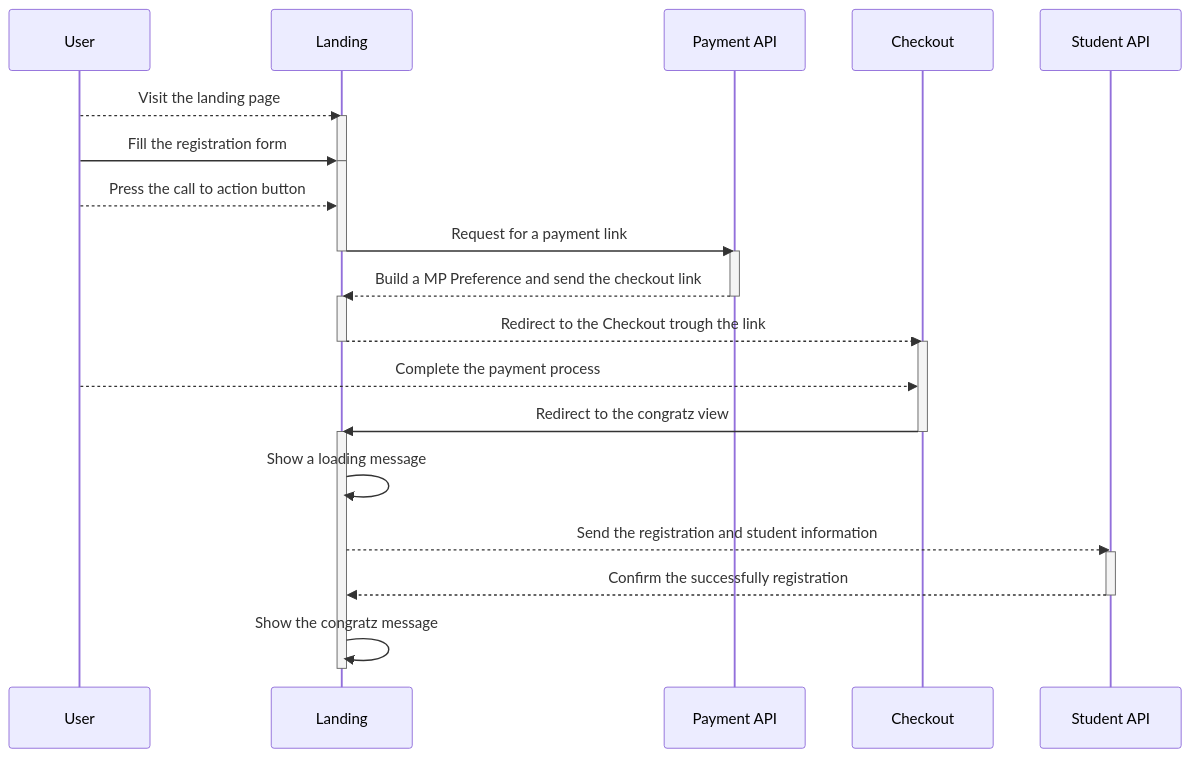
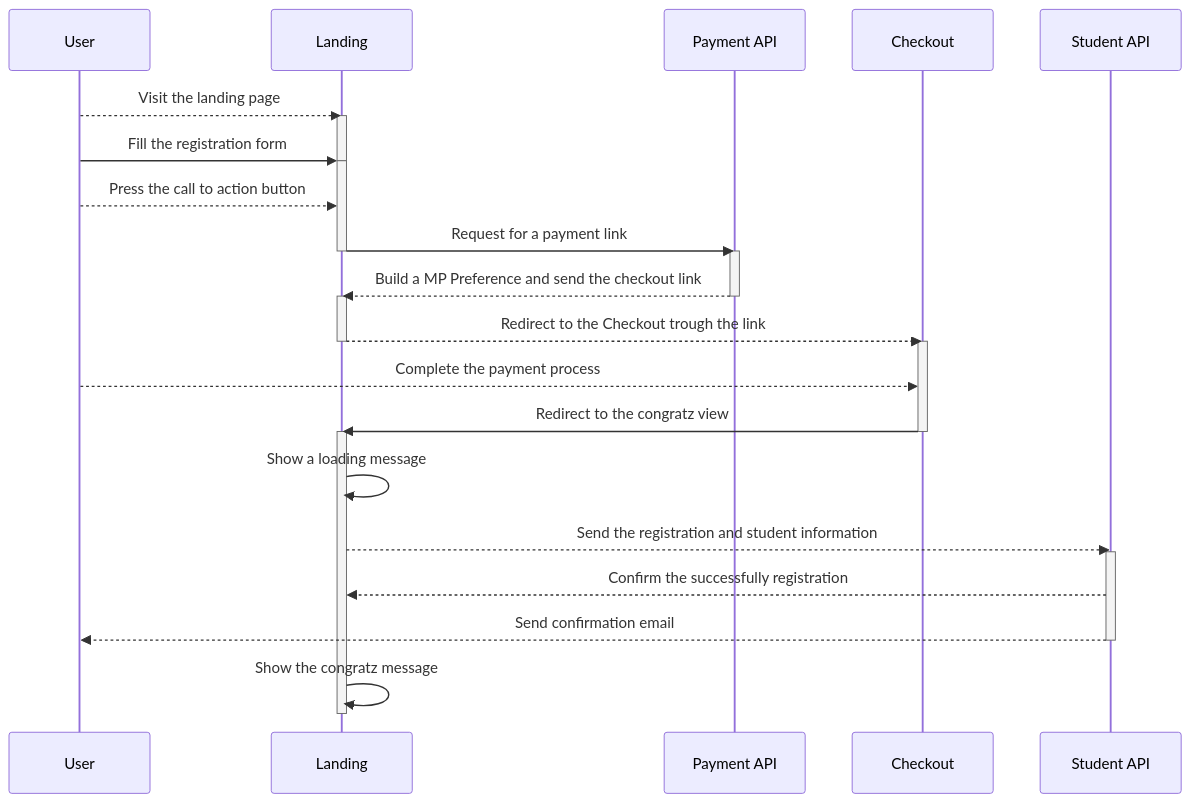
One commit to Groway-Studio/technical-interview-course-landing changed the diagram in readme.md. Above: the diagram before and after it, drawn with Mermaid.

````diff
--- a/readme.md
+++ b/readme.md
@@ -1,34 +1,35 @@
 ```mermaid
 sequenceDiagram
 participant User
 participant Landing
 participant Payment API
 participant Checkout
 participant Student API
 User -->> Landing : Visit the landing page
 activate Landing
 User ->> Landing : Fill the registration form
 deactivate Landing
 activate Landing
 User -->> Landing : Press the call to action button
 Landing ->> Payment API : Request for a payment link
 deactivate Landing
 activate Payment API
 Payment API -->> Landing : Build a MP Preference and send the checkout link
 deactivate Payment API
 activate Landing
 Landing -->> Checkout : Redirect to the Checkout trough the link
 deactivate Landing
 activate Checkout
 User -->> Checkout : Complete the payment process
 Checkout ->> Landing : Redirect to the congratz view
 deactivate Checkout
 activate Landing
 Landing ->> Landing : Show a loading message
 Landing -->> Student API : Send the registration and student information 
 activate Student API
 Student API -->> Landing : Confirm the successfully registration
+Student API -->> User : Send confirmation email
 deactivate Student API
 Landing ->> Landing : Show the congratz message
 deactivate Landing
 ```
````
